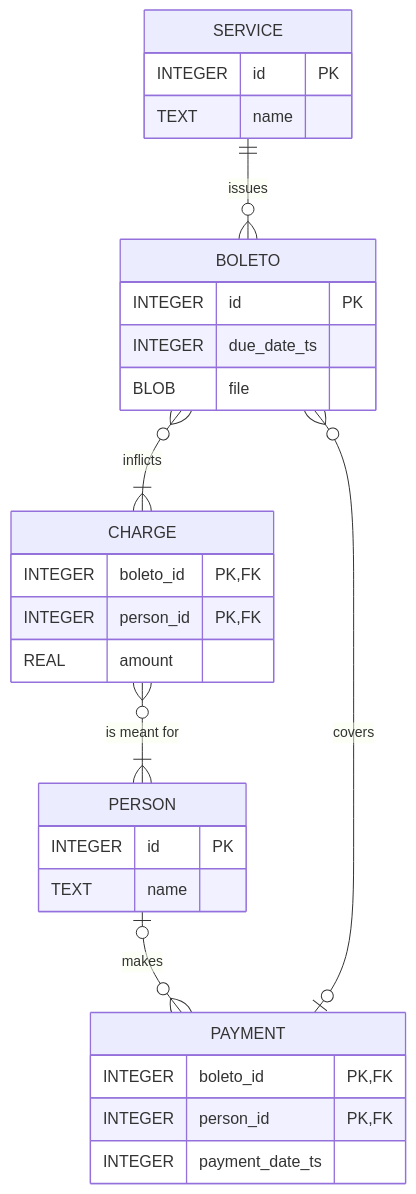
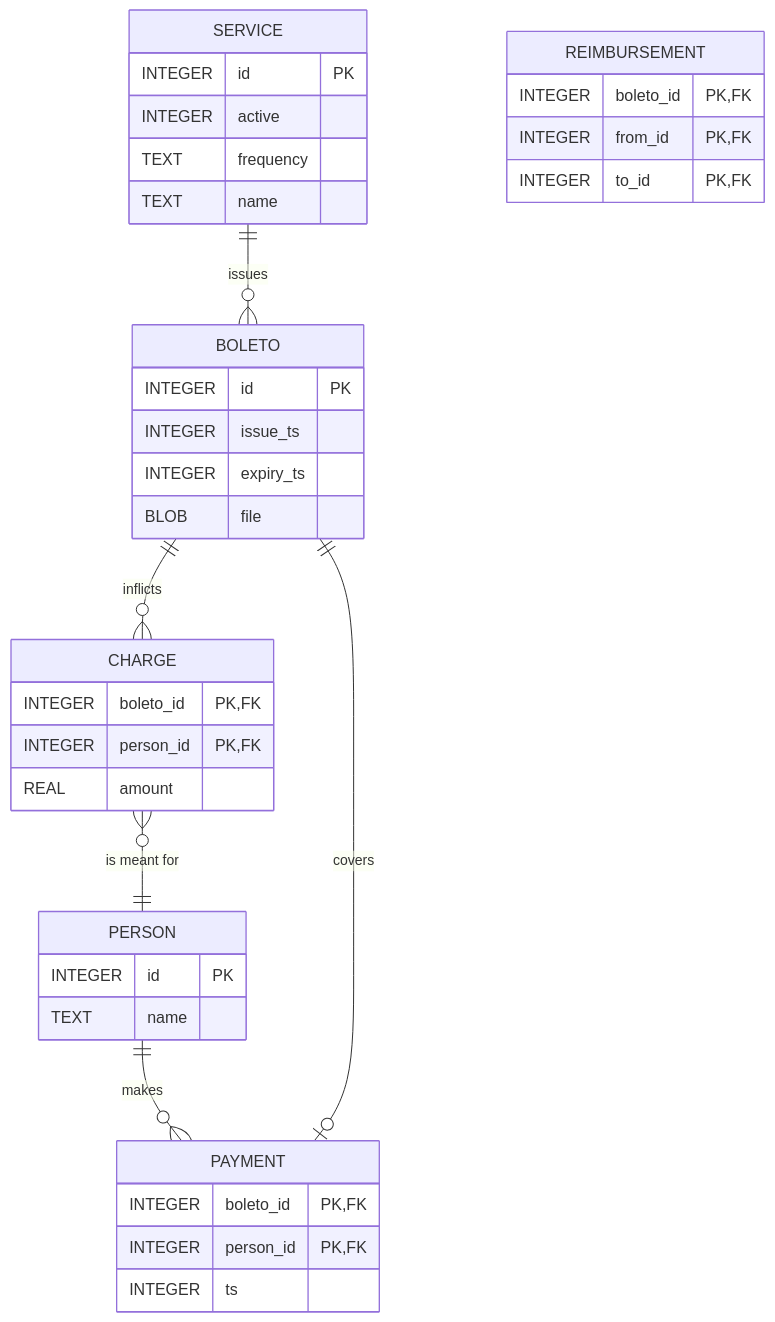
Before and after one commit to guidanoli/boletos-flask: the diagram in README.md, drawn with Mermaid.

Commit message:
refactor: adjust ER model

````diff
--- a/README.md
+++ b/README.md
@@ -10,37 +10,46 @@
 ```mermaid
 erDiagram
     
     SERVICE {
         INTEGER id PK
+        INTEGER active
+        TEXT frequency
         TEXT name
     }
     
     BOLETO {
         INTEGER id PK
-        INTEGER due_date_ts
+        INTEGER issue_ts
+        INTEGER expiry_ts
         BLOB file
     }
 
     CHARGE {
         INTEGER boleto_id PK, FK
         INTEGER person_id PK, FK
         REAL amount
     }
 
     PAYMENT {
         INTEGER boleto_id PK, FK
         INTEGER person_id PK, FK
-        INTEGER payment_date_ts
+        INTEGER ts
     }
     
     PERSON {
         INTEGER id PK
         TEXT name
     }
 
+    REIMBURSEMENT {
+        INTEGER boleto_id PK, FK
+        INTEGER from_id PK, FK
+        INTEGER to_id PK, FK
+    }
+
     SERVICE ||--o{ BOLETO : issues
-    BOLETO }o--|{ CHARGE : inflicts
-    CHARGE }o--|{ PERSON : "is meant for"
-    PERSON |o--o{ PAYMENT : makes
-    PAYMENT |o--o{ BOLETO : covers
+    BOLETO ||--o{ CHARGE : inflicts
+    CHARGE }o--|| PERSON : "is meant for"
+    PERSON ||--o{ PAYMENT : makes
+    PAYMENT |o--|| BOLETO : covers
 ```
````
